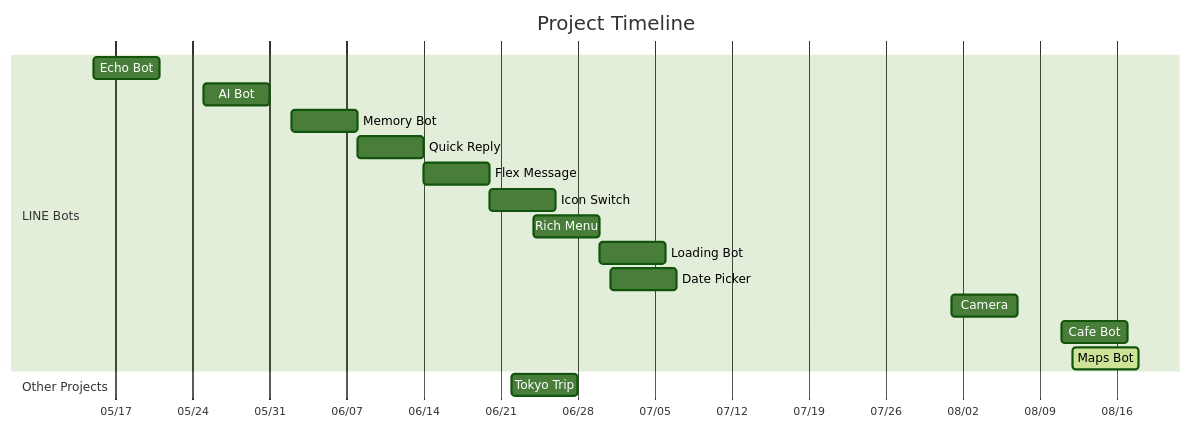
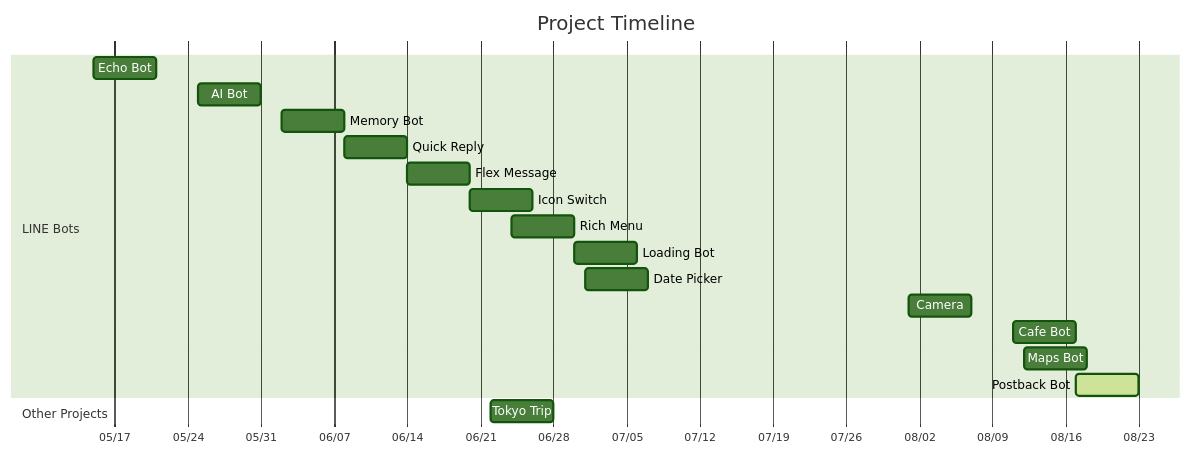
The diagram in README.md (zonawang/zona-ai-learning-lab), drawn with Mermaid (forest theme) before and after one commit. The commit also changed other lines of this file, not shown here.

Commit message:
docs: add LINE Postback Action Bot project

````diff
--- a/README.md
+++ b/README.md
@@ -11,23 +11,24 @@
 ```mermaid
 gantt
     title Project Timeline
     dateFormat YYYY-MM-DD
     axisFormat %m/%d
 
     section LINE Bots
     Echo Bot      :p1, 2026-05-15, 6d
     AI Bot        :p2, 2026-05-25, 6d
     Memory Bot    :p3, 2026-06-02, 6d
     Quick Reply   :p4, 2026-06-08, 6d
     Flex Message  :p5, 2026-06-14, 6d
     Icon Switch   :p6, 2026-06-20, 6d
     Rich Menu     :p8, 2026-06-24, 6d
     Loading Bot   :p9, 2026-06-30, 6d
     Date Picker   :p10, 2026-07-01, 6d
     Camera        :p11, 2026-08-01, 6d
     Cafe Bot      :p12, 2026-08-11, 6d
-    Maps Bot      :active, p13, 2026-08-12, 6d
+    Maps Bot      :p13, 2026-08-12, 6d
+    Postback Bot  :active, p14, 2026-08-17, 6d
 
     section Other Projects
     Tokyo Trip    :p7, 2026-06-22, 6d
 ```
````
